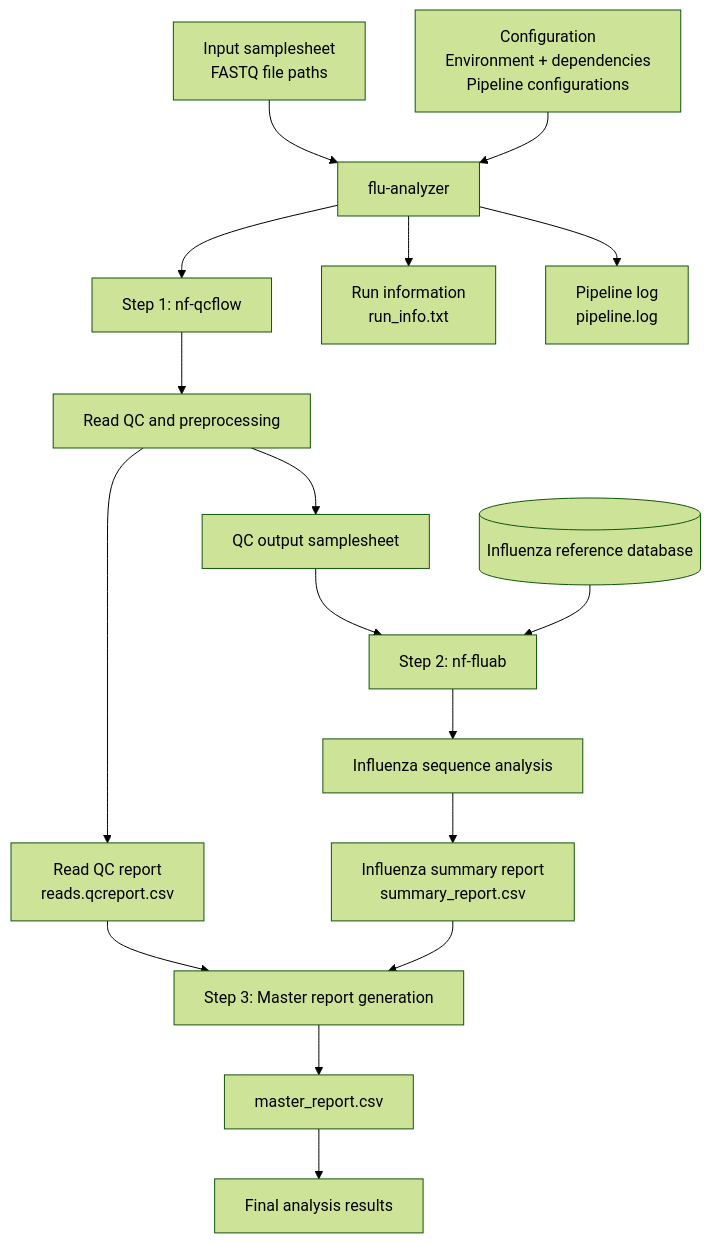
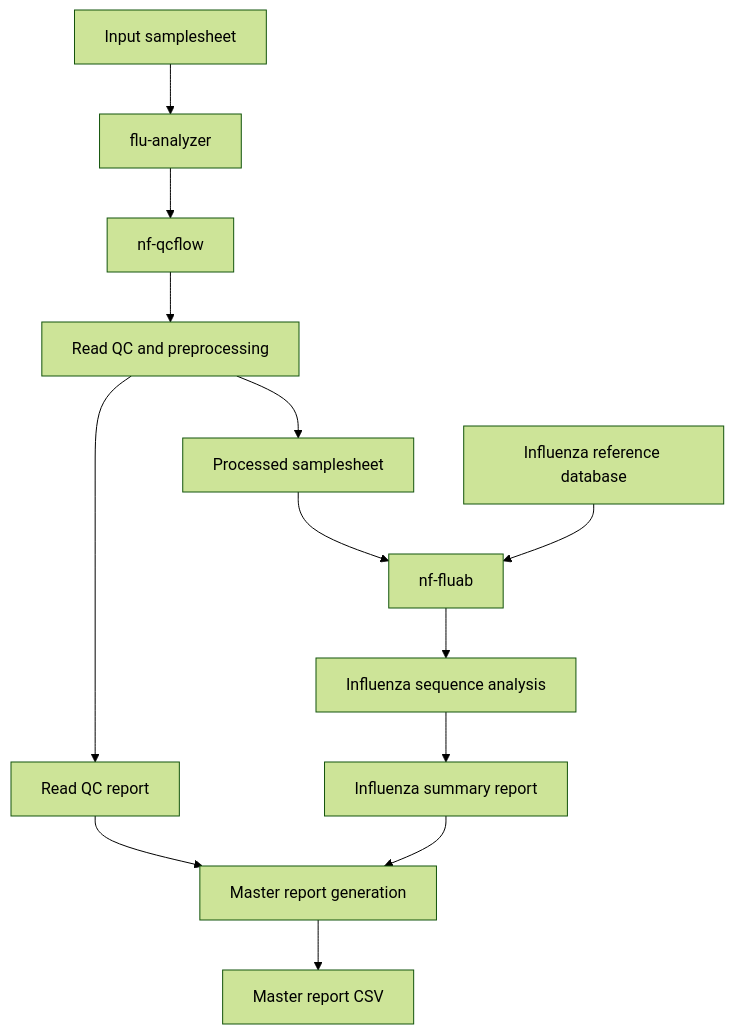
Before and after one commit to provlab-bioinfo/flu-analyzer: the diagram in README.md, drawn with Mermaid (forest theme). The commit also changed other lines of this file, not shown here.

First line of the commit message:
Revise README for flu-analyzer project

````diff
--- a/README.md
+++ b/README.md
@@ -13,27 +14,21 @@
 ```mermaid
-%%{init: {"flowchart": {"wrappingWidth": 350}}}%%
-flowchart TD
-    A["Input samplesheet<br/>FASTQ file paths"] --> B["flu-analyzer"]
+flowchart TB
+    A["Input samplesheet"] --> B["flu-analyzer"]
 
-    C["Configuration<br/>Environment + dependencies<br/>Pipeline configurations"] --> B
+    B --> C["nf-qcflow"]
+    C --> D["Read QC and preprocessing"]
+    D --> E["Processed samplesheet"]
 
-    B --> D["Step 1: nf-qcflow"]
-    D --> E["Read QC and preprocessing"]
-    E --> F["QC output samplesheet"]
+    E --> F["nf-fluab"]
+    G["Influenza reference database"] --> F
 
-    F --> G["Step 2: nf-fluab"]
-    H[("Influenza reference database")] --> G
-    G --> I["Influenza sequence analysis"]
+    F --> H["Influenza sequence analysis"]
 
-    E --> J["Read QC report<br/>reads.qcreport.csv"]
-    I --> K["Influenza summary report<br/>summary_report.csv"]
+    D --> I["Read QC report"]
+    H --> J["Influenza summary report"]
 
-    J --> L["Step 3: Master report generation"]
-    K --> L
-    L --> M["master_report.csv"]
+    I --> K["Master report generation"]
+    J --> K
 
-    B --> N["Run information<br/>run_info.txt"]
-    B --> O["Pipeline log<br/>pipeline.log"]
-
-    M --> P["Final analysis results"]
+    K --> L["Master report CSV"]
 ```
````
